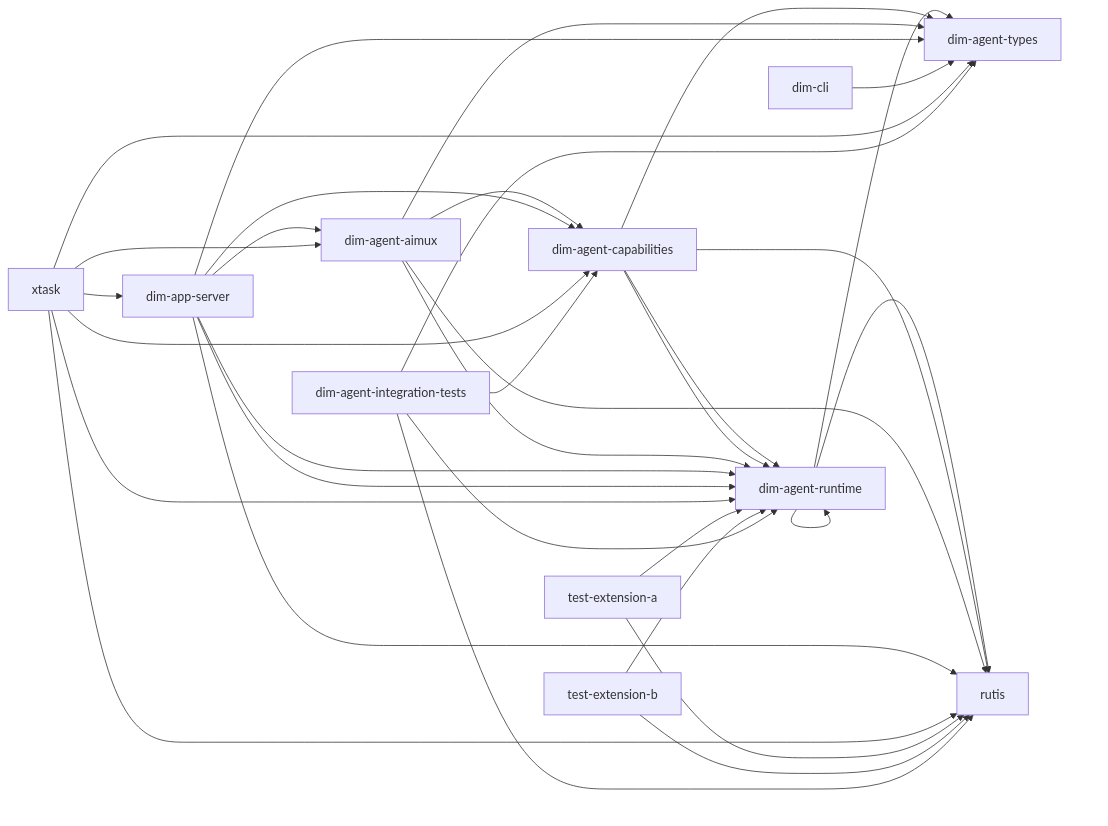
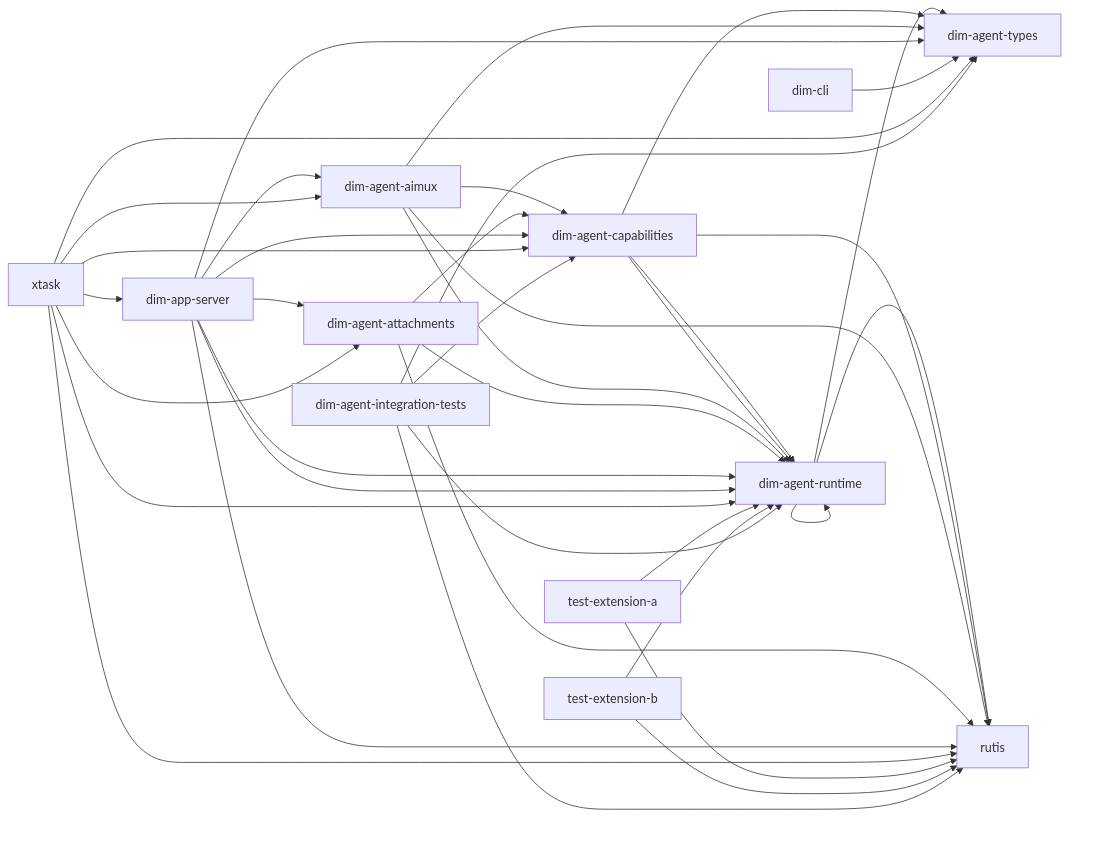
One commit to CoutinhoTTS/dim-agent changed the diagram in docs/architecture/rust-agent/generated/crates.mmd. Above: the diagram before and after it, drawn with Mermaid. The commit also changed 20 other files, not shown here.

```diff
--- a/docs/architecture/rust-agent/generated/crates.mmd
+++ b/docs/architecture/rust-agent/generated/crates.mmd
@@ -1,34 +1,39 @@
 %% Generated from cargo metadata; do not edit.
 flowchart LR
   dim_agent_runtime["dim-agent-runtime"] --> dim_agent_types["dim-agent-types"]
   dim_agent_runtime["dim-agent-runtime"] --> rutis["rutis"]
   dim_agent_runtime["dim-agent-runtime"] --> dim_agent_runtime["dim-agent-runtime"]
   dim_agent_capabilities["dim-agent-capabilities"] --> dim_agent_runtime["dim-agent-runtime"]
   dim_agent_capabilities["dim-agent-capabilities"] --> dim_agent_types["dim-agent-types"]
   dim_agent_capabilities["dim-agent-capabilities"] --> rutis["rutis"]
   dim_agent_capabilities["dim-agent-capabilities"] --> dim_agent_runtime["dim-agent-runtime"]
   dim_agent_aimux["dim-agent-aimux"] --> dim_agent_capabilities["dim-agent-capabilities"]
   dim_agent_aimux["dim-agent-aimux"] --> dim_agent_runtime["dim-agent-runtime"]
   dim_agent_aimux["dim-agent-aimux"] --> dim_agent_types["dim-agent-types"]
   dim_agent_aimux["dim-agent-aimux"] --> rutis["rutis"]
+  dim_agent_attachments["dim-agent-attachments"] --> dim_agent_capabilities["dim-agent-capabilities"]
+  dim_agent_attachments["dim-agent-attachments"] --> dim_agent_runtime["dim-agent-runtime"]
+  dim_agent_attachments["dim-agent-attachments"] --> rutis["rutis"]
   dim_app_server["dim-app-server"] --> dim_agent_aimux["dim-agent-aimux"]
+  dim_app_server["dim-app-server"] --> dim_agent_attachments["dim-agent-attachments"]
   dim_app_server["dim-app-server"] --> dim_agent_capabilities["dim-agent-capabilities"]
   dim_app_server["dim-app-server"] --> dim_agent_runtime["dim-agent-runtime"]
   dim_app_server["dim-app-server"] --> dim_agent_types["dim-agent-types"]
   dim_app_server["dim-app-server"] --> rutis["rutis"]
   dim_app_server["dim-app-server"] --> dim_agent_runtime["dim-agent-runtime"]
   dim_cli["dim-cli"] --> dim_agent_types["dim-agent-types"]
   xtask["xtask"] --> dim_agent_aimux["dim-agent-aimux"]
+  xtask["xtask"] --> dim_agent_attachments["dim-agent-attachments"]
   xtask["xtask"] --> dim_agent_capabilities["dim-agent-capabilities"]
   xtask["xtask"] --> dim_agent_runtime["dim-agent-runtime"]
   xtask["xtask"] --> dim_agent_types["dim-agent-types"]
   xtask["xtask"] --> dim_app_server["dim-app-server"]
   xtask["xtask"] --> rutis["rutis"]
   test_extension_a["test-extension-a"] --> dim_agent_runtime["dim-agent-runtime"]
   test_extension_a["test-extension-a"] --> rutis["rutis"]
   test_extension_b["test-extension-b"] --> dim_agent_runtime["dim-agent-runtime"]
   test_extension_b["test-extension-b"] --> rutis["rutis"]
   dim_agent_integration_tests["dim-agent-integration-tests"] --> dim_agent_capabilities["dim-agent-capabilities"]
   dim_agent_integration_tests["dim-agent-integration-tests"] --> dim_agent_runtime["dim-agent-runtime"]
   dim_agent_integration_tests["dim-agent-integration-tests"] --> dim_agent_types["dim-agent-types"]
   dim_agent_integration_tests["dim-agent-integration-tests"] --> rutis["rutis"]
```
